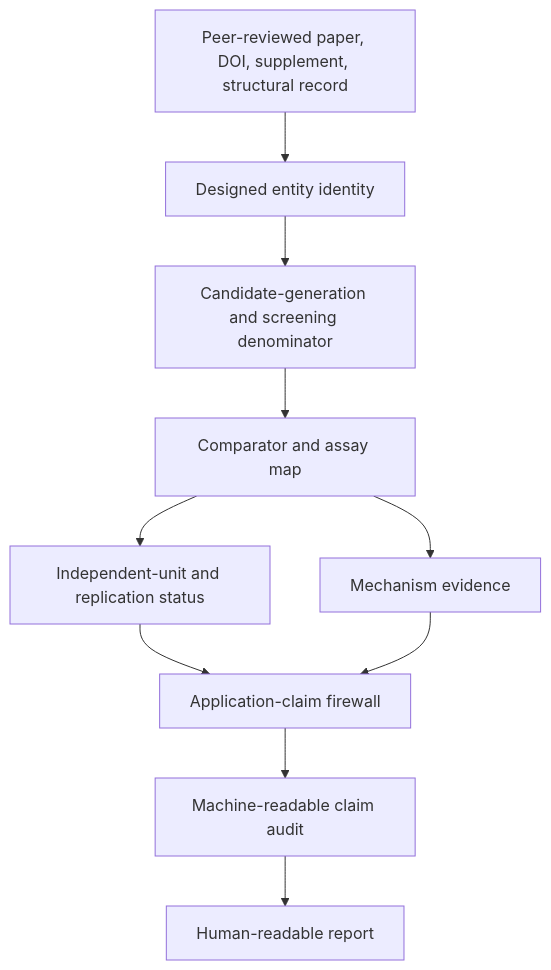
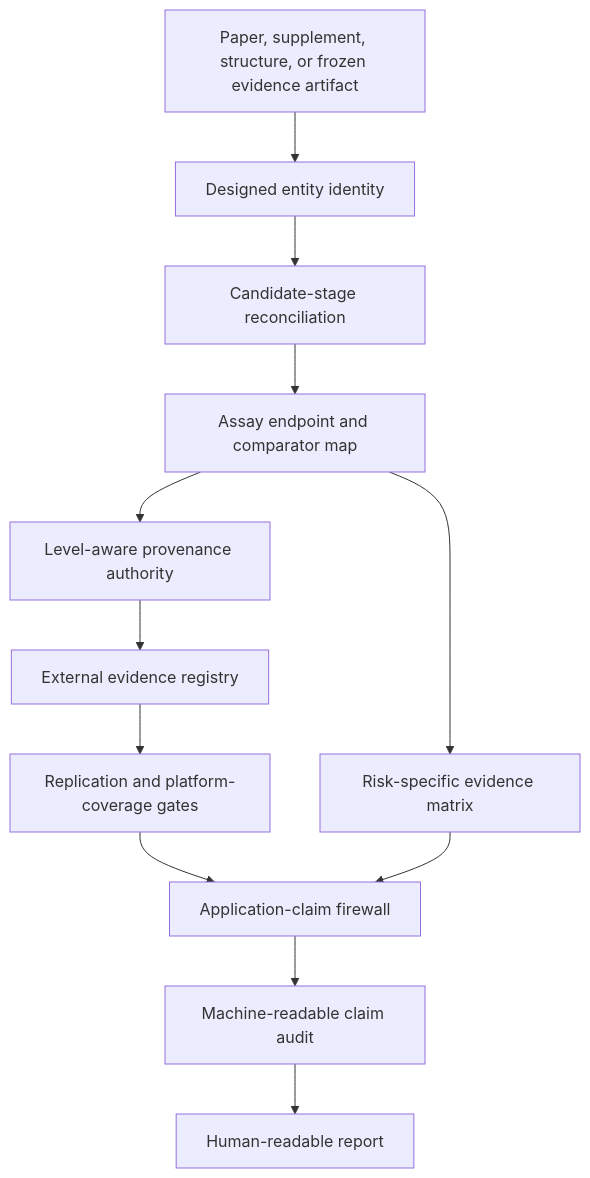
Before and after one commit to safal207/Kairos-Gate-for-X-Cell: the third of 3 diagrams in docs/architecture.md, drawn with Mermaid. The commit also changed other lines of this file, not shown here.

Commit message:
docs: document preview.4 evidence authority

````diff
--- a/docs/architecture.md
+++ b/docs/architecture.md
@@ -109,22 +109,26 @@
 ```mermaid
 flowchart TD
-    A[Peer-reviewed paper, DOI, supplement, structural record]
+    A[Paper, supplement, structure, or frozen evidence artifact]
     B[Designed entity identity]
-    C[Candidate-generation and screening denominator]
-    D[Comparator and assay map]
-    E[Independent-unit and replication status]
-    F[Mechanism evidence]
-    G[Application-claim firewall]
-    H[Machine-readable claim audit]
-    I[Human-readable report]
+    C[Candidate-stage reconciliation]
+    D[Assay endpoint and comparator map]
+    E[Level-aware provenance authority]
+    F[External evidence registry]
+    G[Replication and platform-coverage gates]
+    H[Risk-specific evidence matrix]
+    I[Application-claim firewall]
+    J[Machine-readable claim audit]
+    K[Human-readable report]
 
     A --> B
     B --> C
     C --> D
     D --> E
-    D --> F
-    E --> G
+    E --> F
     F --> G
-    G --> H
+    D --> H
+    G --> I
     H --> I
+    I --> J
+    J --> K
 ```
````
